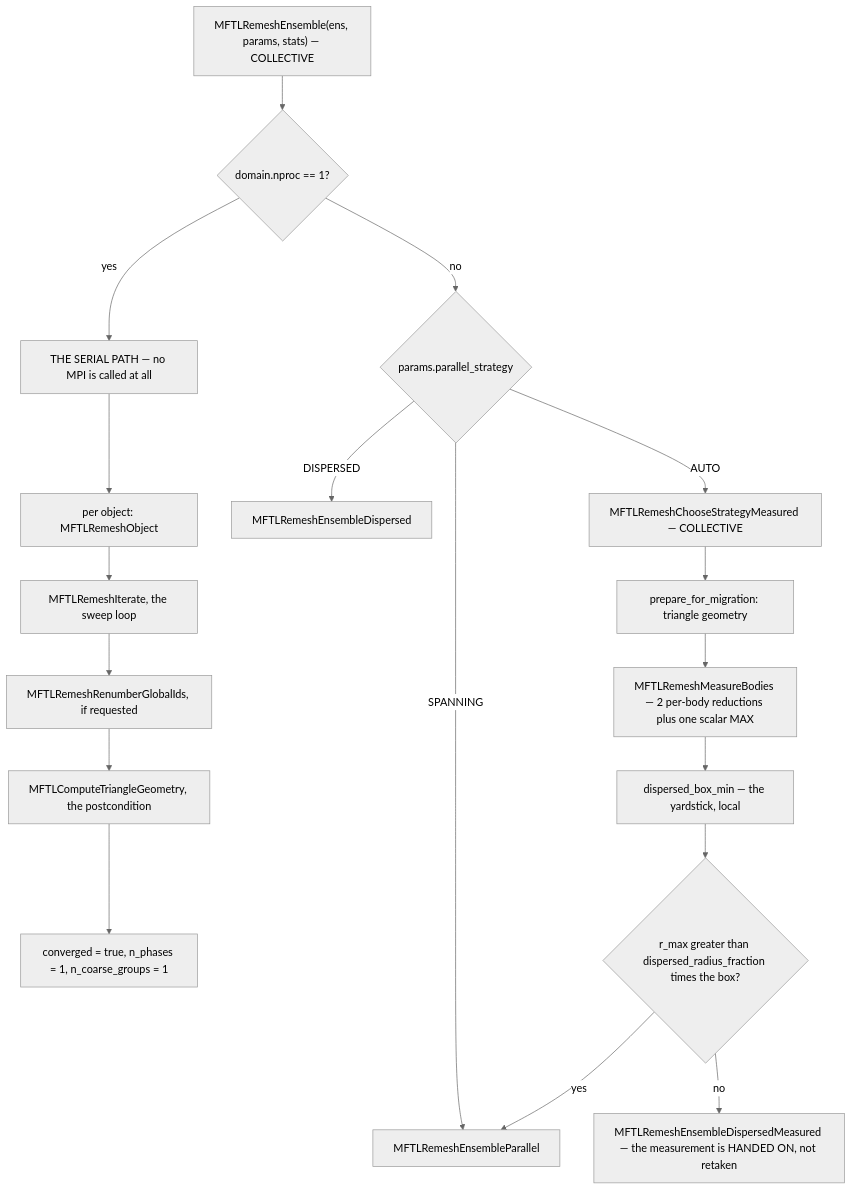
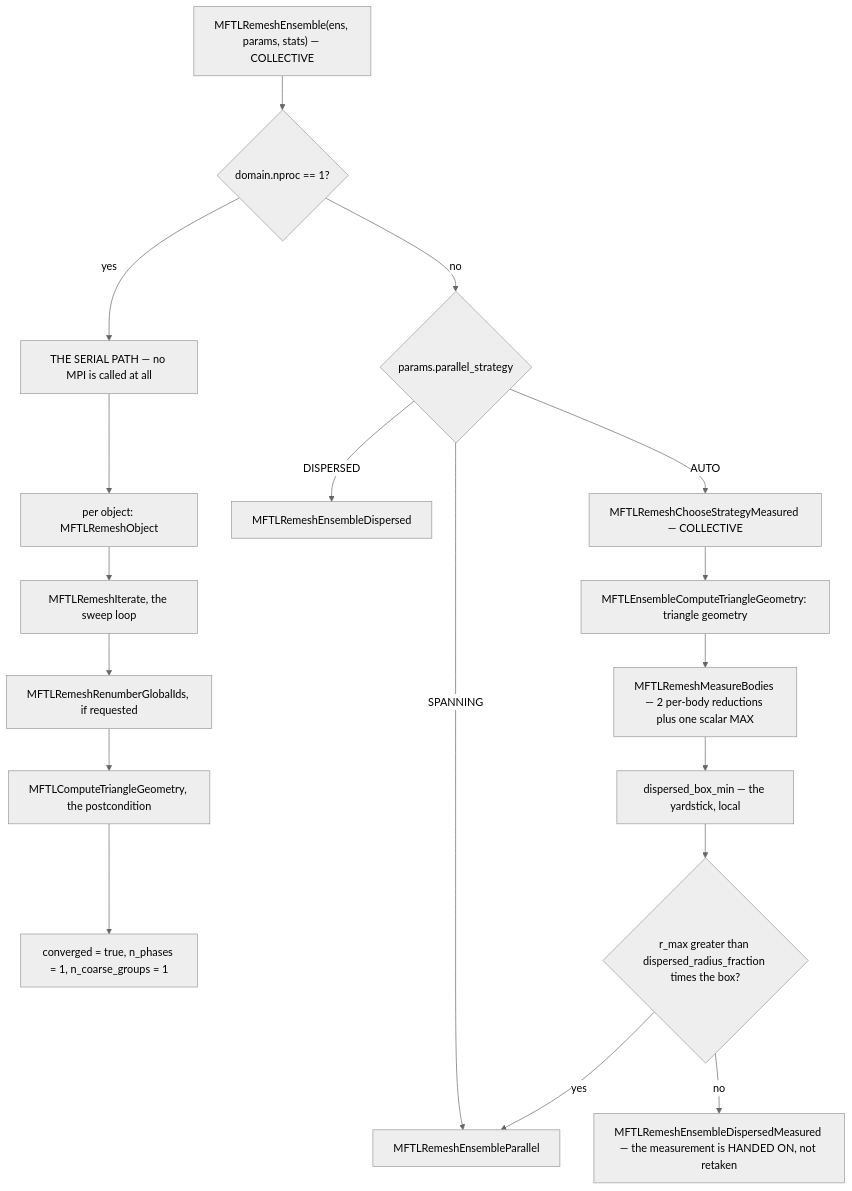
One commit to Chris-Gorges/MFTL2 changed the second of 5 diagrams in src/remeshing/README.md. Above: the diagram before and after it, drawn with Mermaid (neutral theme). The commit also changed other lines of this file and 95 other files, not shown here.

````diff
--- a/src/remeshing/README.md
+++ b/src/remeshing/README.md
@@ -549,22 +549,22 @@
 ```mermaid
 flowchart TD
   A["MFTLRemeshEnsemble(ens, params, stats) — COLLECTIVE"] --> B{"domain.nproc == 1?"}
   B -->|yes| S["THE SERIAL PATH — no MPI is called at all"]
   S --> S1["per object: MFTLRemeshObject"]
   S1 --> S2["MFTLRemeshIterate, the sweep loop"]
   S2 --> S3["MFTLRemeshRenumberGlobalIds, if requested"]
   S3 --> S4["MFTLComputeTriangleGeometry, the postcondition"]
   S4 --> S5["converged = true, n_phases = 1, n_coarse_groups = 1"]
 
   B -->|no| P{"params.parallel_strategy"}
   P -->|SPANNING| SP["MFTLRemeshEnsembleParallel"]
   P -->|DISPERSED| DI["MFTLRemeshEnsembleDispersed"]
   P -->|AUTO| M["MFTLRemeshChooseStrategyMeasured — COLLECTIVE"]
 
-  M --> M1["prepare_for_migration: triangle geometry"]
+  M --> M1["MFTLEnsembleComputeTriangleGeometry: triangle geometry"]
   M1 --> M2["MFTLRemeshMeasureBodies — 2 per-body reductions plus one scalar MAX"]
   M2 --> M3["dispersed_box_min — the yardstick, local"]
   M3 --> R{"r_max greater than dispersed_radius_fraction times the box?"}
   R -->|yes| SP
   R -->|no| DM["MFTLRemeshEnsembleDispersedMeasured — the measurement is HANDED ON, not retaken"]
 ```
````
